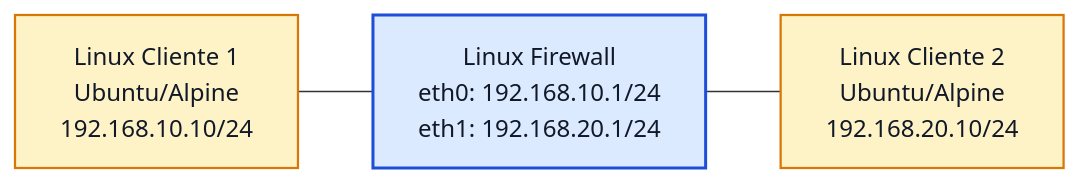
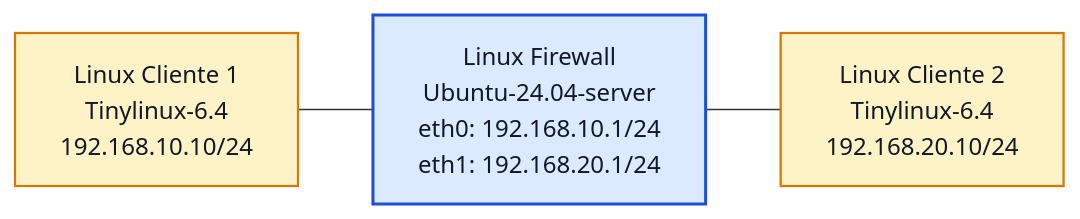
Before and after one commit to oficialvzi/PTR: the diagram in labs/lab10.md, drawn with Mermaid. The commit also changed other lines of this file, not shown here.

````diff
--- a/labs/lab10.md
+++ b/labs/lab10.md
@@ -158,15 +157,15 @@
 ```mermaid
 flowchart LR
-    HOST1["Linux Cliente 1<br/>Ubuntu/Alpine<br/>192.168.10.10/24"]
-    FW["Linux Firewall<br/>eth0: 192.168.10.1/24<br/>eth1: 192.168.20.1/24"]
-    HOST2["Linux Cliente 2<br/>Ubuntu/Alpine<br/>192.168.20.10/24"]
+    HOST1["Linux Cliente 1<br/>Tinylinux-6.4<br/>192.168.10.10/24"]
+    FW["Linux Firewall<br/>Ubuntu-24.04-server<br/>eth0: 192.168.10.1/24<br/>eth1: 192.168.20.1/24"]
+    HOST2["Linux Cliente 2<br/>Tinylinux-6.4<br/>192.168.20.10/24"]
 
     HOST1 --- FW
     FW --- HOST2
 
     classDef host fill:#fef3c7,stroke:#d97706,color:#111827,stroke-width:1.5px;
     classDef fw fill:#dbeafe,stroke:#1d4ed8,color:#111827,stroke-width:2px;
 
     class HOST1,HOST2 host;
     class FW fw;
 ```
````
